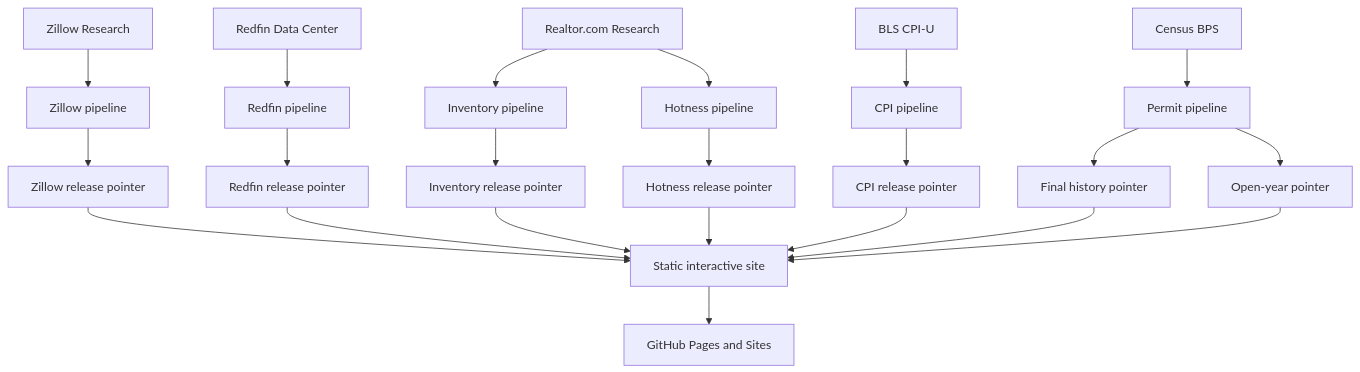
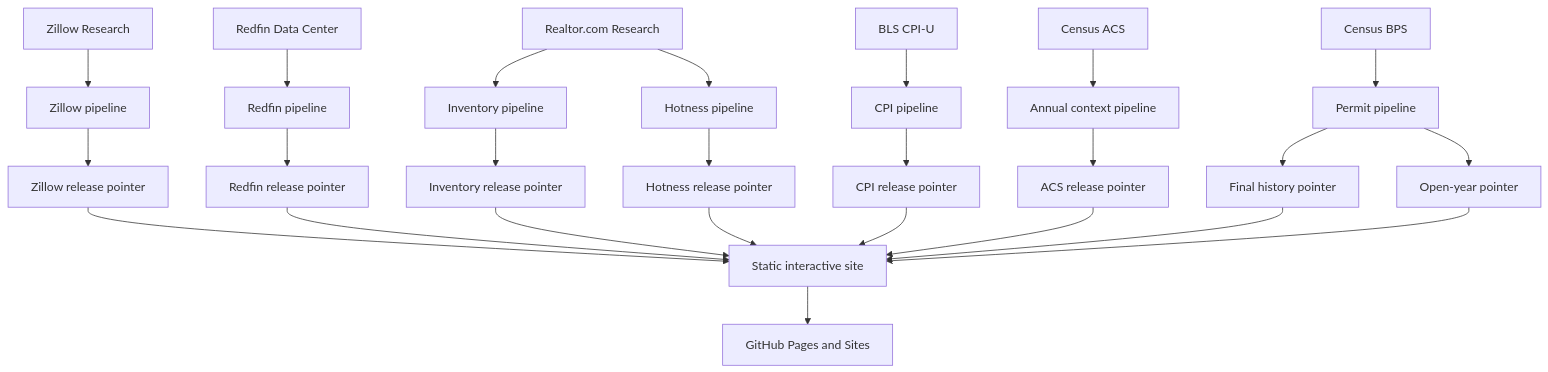
The diagram in README.md (desenlin/housing-market-lab), drawn with Mermaid before and after one commit. The commit also changed other lines of this file and 21 other files, not shown here.

Commit message:
Add focused ACS housing context layer

````diff
--- a/README.md
+++ b/README.md
@@ -48,24 +51,27 @@
 ```mermaid
 flowchart TD
   A[Zillow Research] --> C[Zillow pipeline]
   B[Redfin Data Center] --> D[Redfin pipeline]
   L[Realtor.com Research] --> M[Inventory pipeline]
   L --> N[Hotness pipeline]
   I[BLS CPI-U] --> J[CPI pipeline]
+  U[Census ACS] --> V[Annual context pipeline]
   Q[Census BPS] --> R[Permit pipeline]
   C --> E[Zillow release pointer]
   D --> F[Redfin release pointer]
   M --> O[Inventory release pointer]
   N --> P[Hotness release pointer]
   J --> K[CPI release pointer]
+  V --> W[ACS release pointer]
   R --> S[Final history pointer]
   R --> T[Open-year pointer]
   E --> G[Static interactive site]
   F --> G
   O --> G
   P --> G
   K --> G
+  W --> G
   S --> G
   T --> G
   G --> H[GitHub Pages and Sites]
 ```
````
